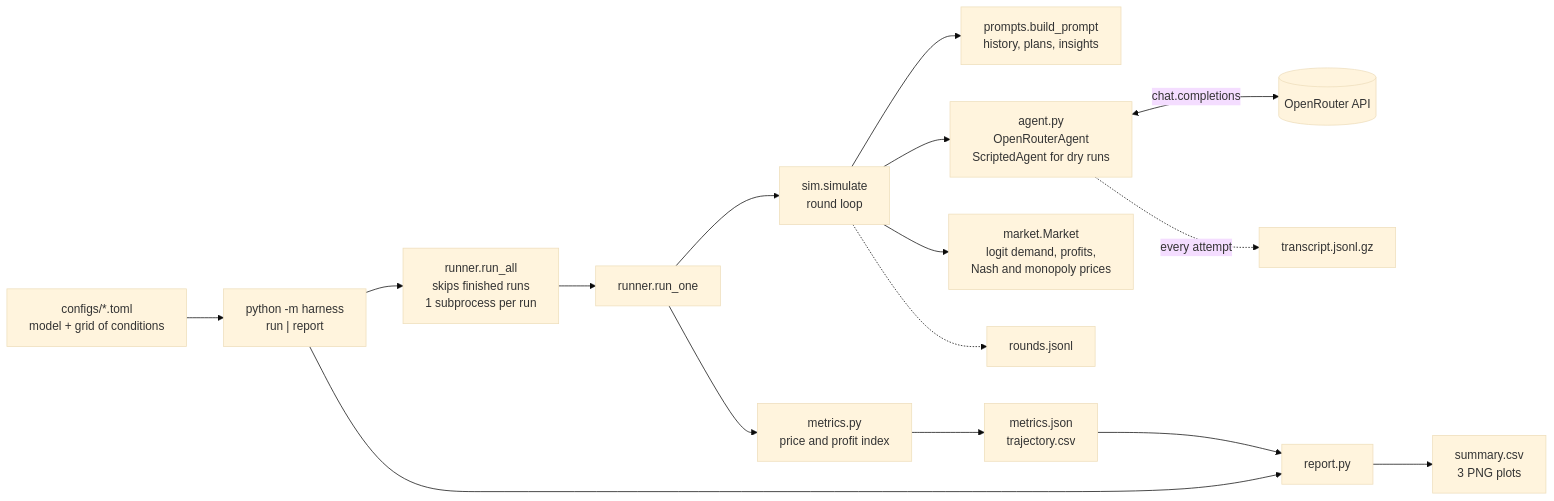
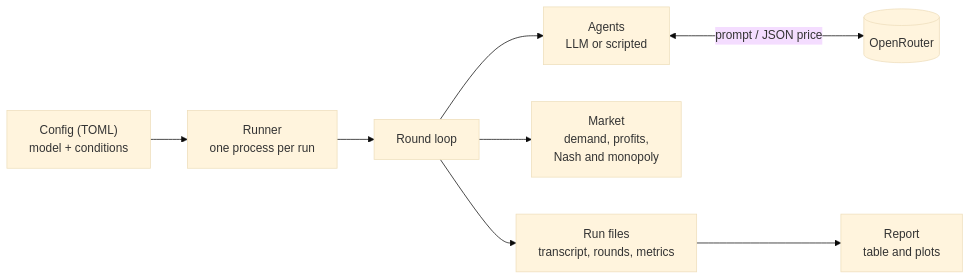
Before and after one commit to ArnolFokam/ai-collusion-research-sprint: the first of 2 diagrams in CLAUDE.md, drawn with Mermaid (base theme). The commit also changed other lines of this file and 7 other files, not shown here.

First line of the commit message:
Consolidate configs to dry/smoke/pilot and add a spend guard

````diff
--- a/CLAUDE.md
+++ b/CLAUDE.md
@@ -11,18 +11,10 @@
 ```mermaid
 flowchart LR
-    CFG["configs/*.toml<br/>model + grid of conditions"] --> CLI["python -m harness<br/>run | report"]
-    CLI --> RUNALL["runner.run_all<br/>skips finished runs<br/>1 subprocess per run"]
-    RUNALL --> ONE["runner.run_one"]
-    ONE --> SIM["sim.simulate<br/>round loop"]
-    SIM --> PROMPT["prompts.build_prompt<br/>history, plans, insights"]
-    SIM --> AGENT["agent.py<br/>OpenRouterAgent<br/>ScriptedAgent for dry runs"]
-    AGENT <-->|"chat.completions"| API[("OpenRouter API")]
-    SIM --> MARKET["market.Market<br/>logit demand, profits,<br/>Nash and monopoly prices"]
-    AGENT -.->|every attempt| TR["transcript.jsonl.gz"]
-    SIM -.-> RJ["rounds.jsonl"]
-    ONE --> MET["metrics.py<br/>price and profit index"]
-    MET --> MJ["metrics.json<br/>trajectory.csv"]
-    CLI --> REP["report.py"]
-    MJ --> REP
-    REP --> OUT["summary.csv<br/>3 PNG plots"]
+    CFG["Config (TOML)<br/>model + conditions"] --> RUN["Runner<br/>one process per run"]
+    RUN --> SIM["Round loop"]
+    SIM --> AGENT["Agents<br/>LLM or scripted"]
+    AGENT <-->|"prompt / JSON price"| API[("OpenRouter")]
+    SIM --> MARKET["Market<br/>demand, profits,<br/>Nash and monopoly"]
+    SIM --> FILES["Run files<br/>transcript, rounds, metrics"]
+    FILES --> REPORT["Report<br/>table and plots"]
 ```
````
